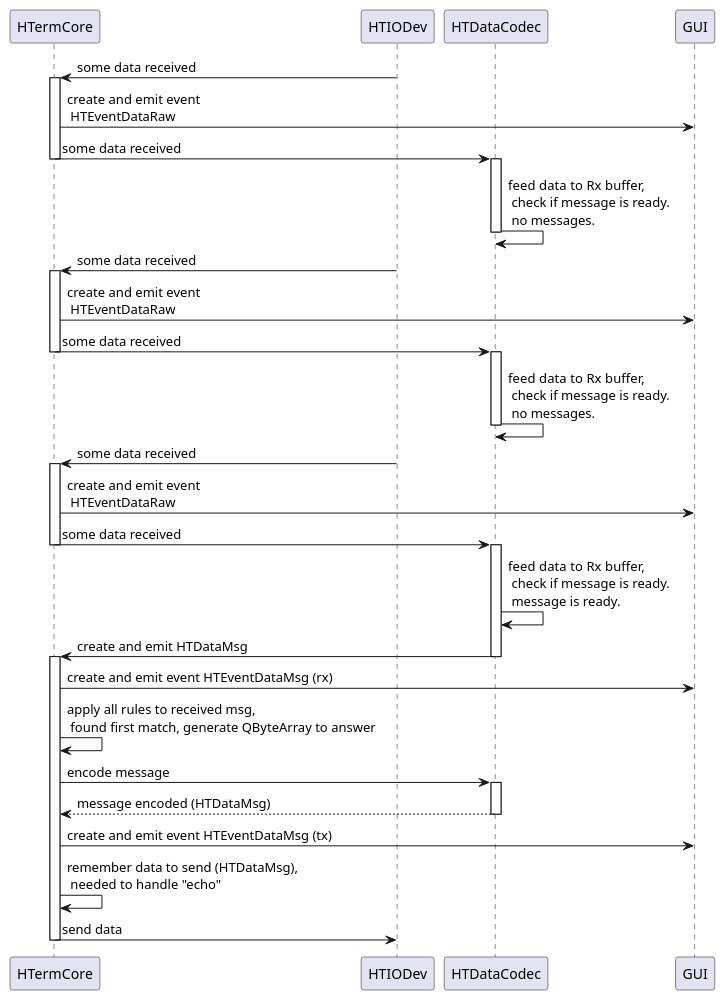
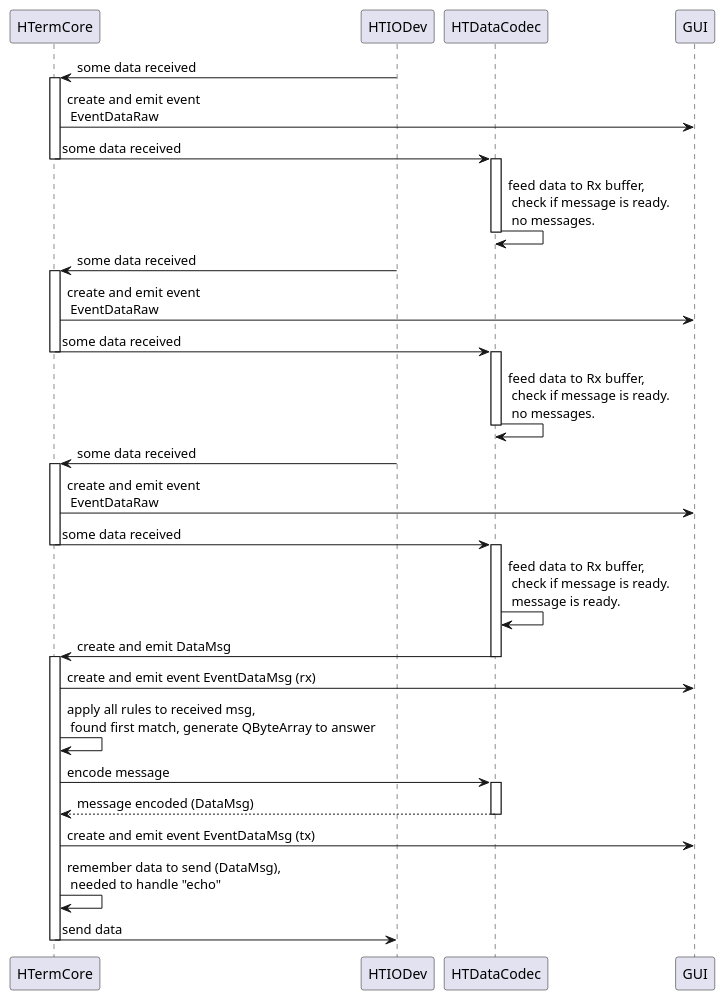
Before and after one commit to dimonomid/bterm: the diagram in stuff/uml/rxtx.pu, drawn with PlantUML. The commit also changed 28 other files, not shown here.

```diff
--- a/stuff/uml/rxtx.pu
+++ b/stuff/uml/rxtx.pu
@@ -1,54 +1,54 @@
 @startuml
 
 participant HTermCore
 participant HTIODev
 participant HTDataCodec
 participant GUI
 
 HTIODev -> HTermCore: some data received
 activate HTermCore
-HTermCore -> GUI: create and emit event \n HTEventDataRaw
+HTermCore -> GUI: create and emit event \n EventDataRaw
 HTermCore -> HTDataCodec: some data received
 deactivate HTermCore
 activate HTDataCodec
 HTDataCodec -> HTDataCodec: feed data to Rx buffer, \n check if message is ready. \n no messages.
 deactivate HTDataCodec
 
 HTIODev -> HTermCore: some data received
 activate HTermCore
-HTermCore -> GUI: create and emit event \n HTEventDataRaw
+HTermCore -> GUI: create and emit event \n EventDataRaw
 HTermCore -> HTDataCodec: some data received
 deactivate HTermCore
 activate HTDataCodec
 HTDataCodec -> HTDataCodec: feed data to Rx buffer, \n check if message is ready. \n no messages.
 deactivate HTDataCodec
 
 HTIODev -> HTermCore: some data received
 activate HTermCore
-HTermCore -> GUI: create and emit event \n HTEventDataRaw
+HTermCore -> GUI: create and emit event \n EventDataRaw
 HTermCore -> HTDataCodec: some data received
 deactivate HTermCore
 activate HTDataCodec
 HTDataCodec -> HTDataCodec: feed data to Rx buffer, \n check if message is ready. \n message is ready.
 
-HTDataCodec -> HTermCore: create and emit HTDataMsg
+HTDataCodec -> HTermCore: create and emit DataMsg
 deactivate HTDataCodec
 activate HTermCore
-HTermCore -> GUI: create and emit event HTEventDataMsg (rx)
+HTermCore -> GUI: create and emit event EventDataMsg (rx)
 
 HTermCore -> HTermCore: apply all rules to received msg, \n found first match, generate QByteArray to answer
 
 HTermCore -> HTDataCodec: encode message
 activate HTDataCodec
 
-HTermCore <-- HTDataCodec: message encoded (HTDataMsg)
+HTermCore <-- HTDataCodec: message encoded (DataMsg)
 deactivate HTDataCodec
 
-HTermCore -> GUI: create and emit event HTEventDataMsg (tx)
+HTermCore -> GUI: create and emit event EventDataMsg (tx)
 
-HTermCore -> HTermCore: remember data to send (HTDataMsg), \n needed to handle "echo"
+HTermCore -> HTermCore: remember data to send (DataMsg), \n needed to handle "echo"
 
 HTermCore -> HTIODev: send data
 deactivate HTermCore
 
 @enduml
```
